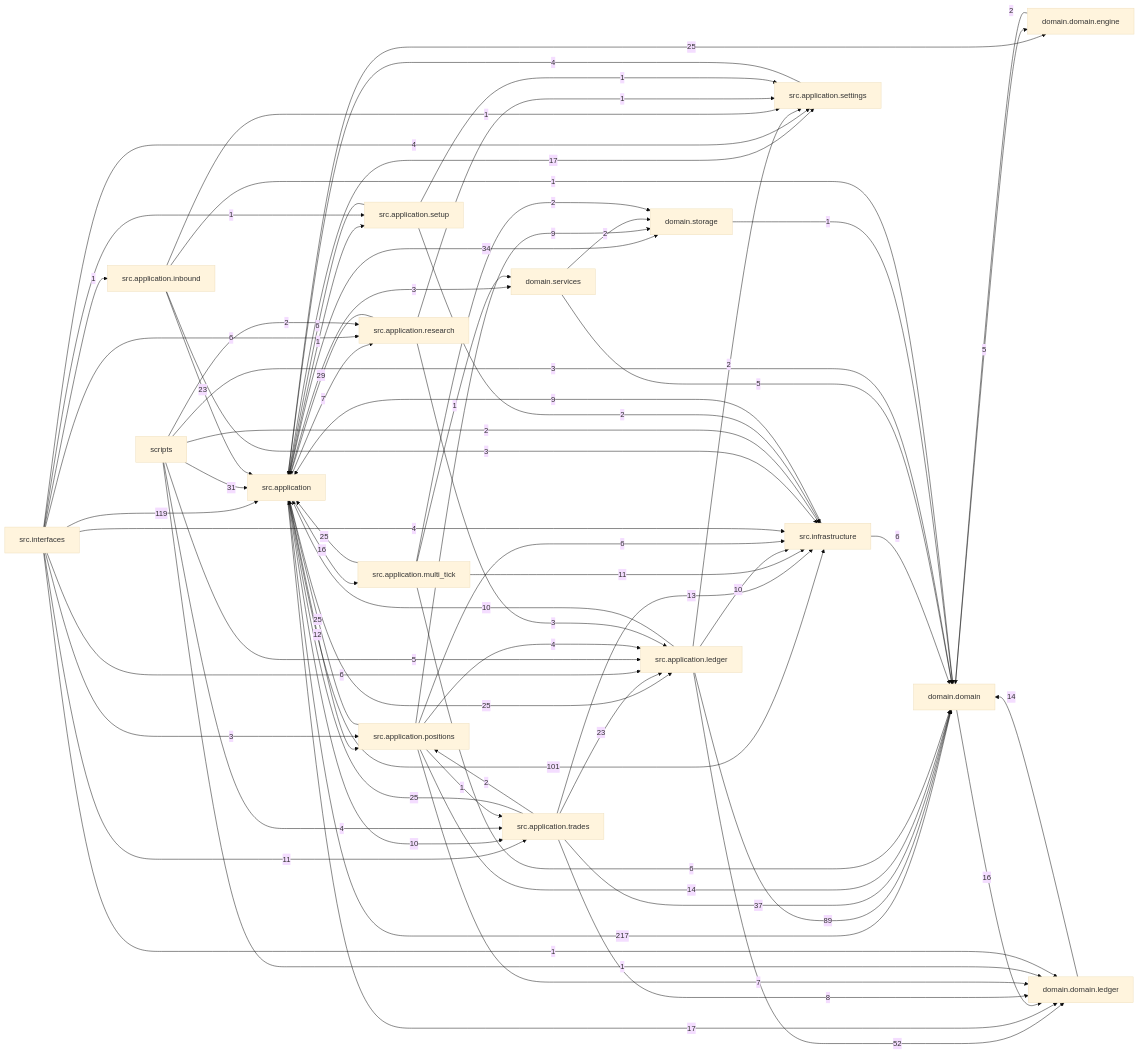
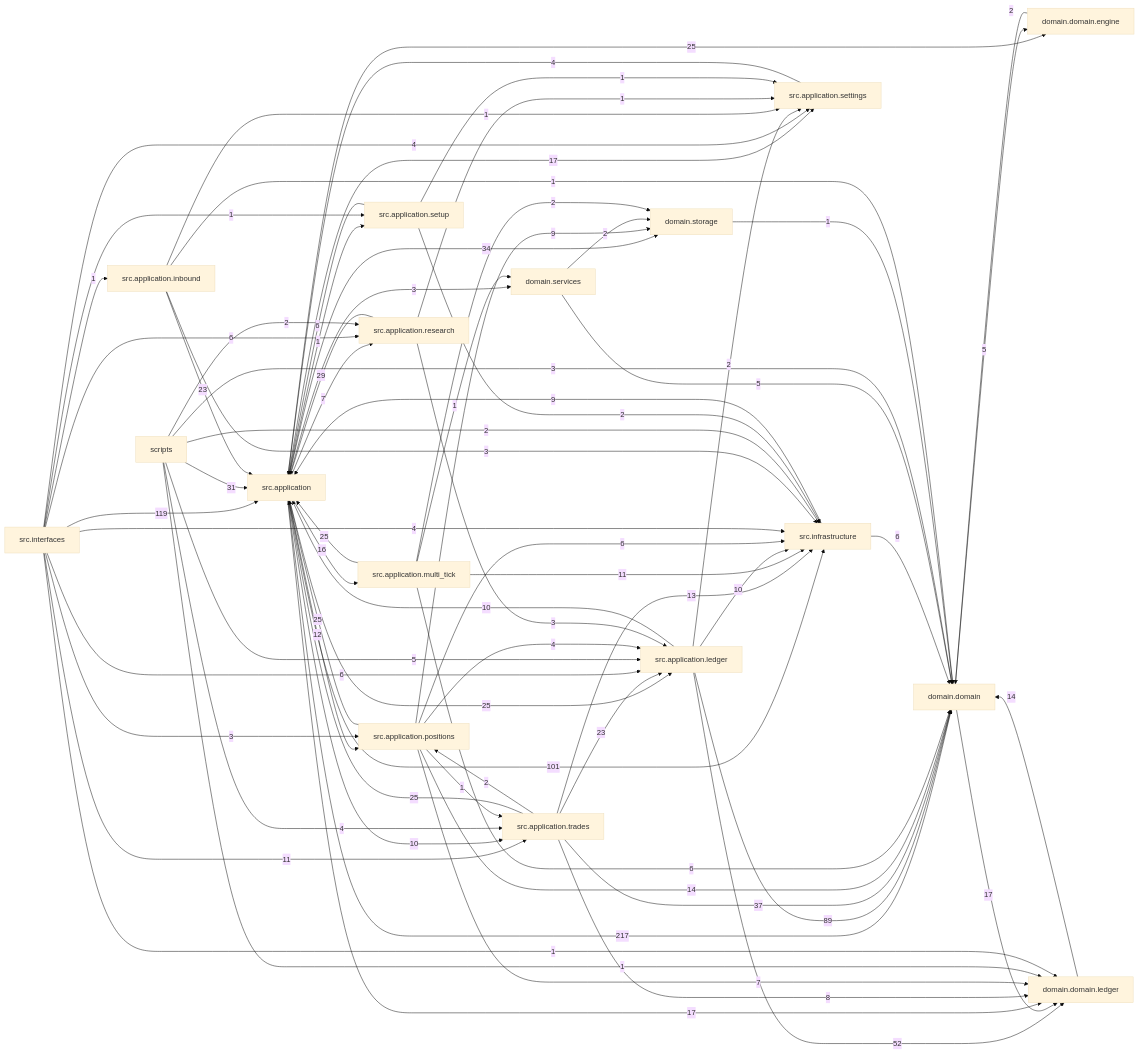
The diagram in docs/dependency_graph.mmd (liuxie066/options-monitor), drawn with Mermaid (base theme) before and after one commit. The commit also changed 1 other file, not shown here.

Commit message:
docs(architecture): refresh dependency graph

```diff
--- a/docs/dependency_graph.mmd
+++ b/docs/dependency_graph.mmd
@@ -1,74 +1,74 @@
 flowchart LR
   src_application["src.application"] -->|217| domain_domain["domain.domain"]
   src_interfaces["src.interfaces"] -->|119| src_application["src.application"]
   src_application["src.application"] -->|101| src_infrastructure["src.infrastructure"]
   src_application_ledger["src.application.ledger"] -->|89| domain_domain["domain.domain"]
   src_application_ledger["src.application.ledger"] -->|52| domain_domain_ledger["domain.domain.ledger"]
   src_application_trades["src.application.trades"] -->|37| domain_domain["domain.domain"]
   src_application["src.application"] -->|34| domain_storage["domain.storage"]
   scripts["scripts"] -->|31| src_application["src.application"]
   src_application_research["src.application.research"] -->|29| src_application["src.application"]
   src_application["src.application"] -->|25| domain_domain_engine["domain.domain.engine"]
   src_application["src.application"] -->|25| src_application_ledger["src.application.ledger"]
   src_application_multi_tick["src.application.multi_tick"] -->|25| src_application["src.application"]
   src_application_positions["src.application.positions"] -->|25| src_application["src.application"]
   src_application_trades["src.application.trades"] -->|25| src_application["src.application"]
   src_application_inbound["src.application.inbound"] -->|23| src_application["src.application"]
   src_application_trades["src.application.trades"] -->|23| src_application_ledger["src.application.ledger"]
+  domain_domain["domain.domain"] -->|17| domain_domain_ledger["domain.domain.ledger"]
   src_application["src.application"] -->|17| domain_domain_ledger["domain.domain.ledger"]
   src_application["src.application"] -->|17| src_application_settings["src.application.settings"]
-  domain_domain["domain.domain"] -->|16| domain_domain_ledger["domain.domain.ledger"]
   src_application["src.application"] -->|16| src_application_multi_tick["src.application.multi_tick"]
   domain_domain_ledger["domain.domain.ledger"] -->|14| domain_domain["domain.domain"]
   src_application_positions["src.application.positions"] -->|14| domain_domain["domain.domain"]
   src_application_trades["src.application.trades"] -->|13| src_infrastructure["src.infrastructure"]
   src_application["src.application"] -->|12| src_application_positions["src.application.positions"]
   src_application_multi_tick["src.application.multi_tick"] -->|11| src_infrastructure["src.infrastructure"]
   src_interfaces["src.interfaces"] -->|11| src_application_trades["src.application.trades"]
   src_application["src.application"] -->|10| src_application_trades["src.application.trades"]
   src_application_ledger["src.application.ledger"] -->|10| src_application["src.application"]
   src_application_ledger["src.application.ledger"] -->|10| src_infrastructure["src.infrastructure"]
   src_application_positions["src.application.positions"] -->|9| domain_storage["domain.storage"]
   src_infrastructure["src.infrastructure"] -->|9| src_application["src.application"]
   src_application_trades["src.application.trades"] -->|8| domain_domain_ledger["domain.domain.ledger"]
   src_application["src.application"] -->|7| src_application_research["src.application.research"]
   src_application_positions["src.application.positions"] -->|7| domain_domain_ledger["domain.domain.ledger"]
   src_application_multi_tick["src.application.multi_tick"] -->|6| domain_domain["domain.domain"]
   src_application_positions["src.application.positions"] -->|6| src_infrastructure["src.infrastructure"]
   src_application_setup["src.application.setup"] -->|6| src_application["src.application"]
   src_infrastructure["src.infrastructure"] -->|6| domain_domain["domain.domain"]
   src_interfaces["src.interfaces"] -->|6| src_application_ledger["src.application.ledger"]
   src_interfaces["src.interfaces"] -->|6| src_application_research["src.application.research"]
   domain_domain["domain.domain"] -->|5| domain_domain_engine["domain.domain.engine"]
   domain_services["domain.services"] -->|5| domain_domain["domain.domain"]
   scripts["scripts"] -->|5| src_application_ledger["src.application.ledger"]
   scripts["scripts"] -->|4| src_application_trades["src.application.trades"]
   src_application_positions["src.application.positions"] -->|4| src_application_ledger["src.application.ledger"]
   src_application_settings["src.application.settings"] -->|4| src_application["src.application"]
   src_interfaces["src.interfaces"] -->|4| src_application_settings["src.application.settings"]
   src_interfaces["src.interfaces"] -->|4| src_infrastructure["src.infrastructure"]
   scripts["scripts"] -->|3| domain_domain["domain.domain"]
   src_application["src.application"] -->|3| domain_services["domain.services"]
   src_application_inbound["src.application.inbound"] -->|3| src_infrastructure["src.infrastructure"]
   src_application_research["src.application.research"] -->|3| src_application_ledger["src.application.ledger"]
   src_interfaces["src.interfaces"] -->|3| src_application_positions["src.application.positions"]
   domain_domain_engine["domain.domain.engine"] -->|2| domain_domain["domain.domain"]
   domain_services["domain.services"] -->|2| domain_storage["domain.storage"]
   scripts["scripts"] -->|2| src_application_research["src.application.research"]
   scripts["scripts"] -->|2| src_infrastructure["src.infrastructure"]
   src_application_ledger["src.application.ledger"] -->|2| src_application_settings["src.application.settings"]
   src_application_multi_tick["src.application.multi_tick"] -->|2| domain_storage["domain.storage"]
   src_application_setup["src.application.setup"] -->|2| src_infrastructure["src.infrastructure"]
   src_application_trades["src.application.trades"] -->|2| src_application_positions["src.application.positions"]
   domain_storage["domain.storage"] -->|1| domain_domain["domain.domain"]
   scripts["scripts"] -->|1| domain_domain_ledger["domain.domain.ledger"]
   src_application["src.application"] -->|1| src_application_setup["src.application.setup"]
   src_application_inbound["src.application.inbound"] -->|1| domain_domain["domain.domain"]
   src_application_inbound["src.application.inbound"] -->|1| src_application_settings["src.application.settings"]
   src_application_multi_tick["src.application.multi_tick"] -->|1| domain_services["domain.services"]
   src_application_positions["src.application.positions"] -->|1| src_application_trades["src.application.trades"]
   src_application_research["src.application.research"] -->|1| src_application_settings["src.application.settings"]
   src_application_setup["src.application.setup"] -->|1| src_application_settings["src.application.settings"]
   src_interfaces["src.interfaces"] -->|1| domain_domain_ledger["domain.domain.ledger"]
   src_interfaces["src.interfaces"] -->|1| src_application_inbound["src.application.inbound"]
   src_interfaces["src.interfaces"] -->|1| src_application_setup["src.application.setup"]
```
